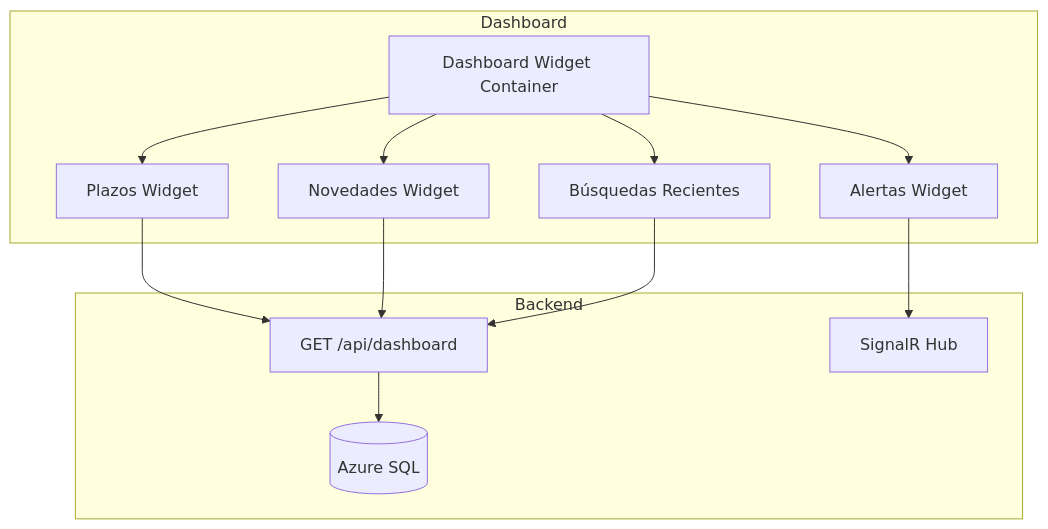
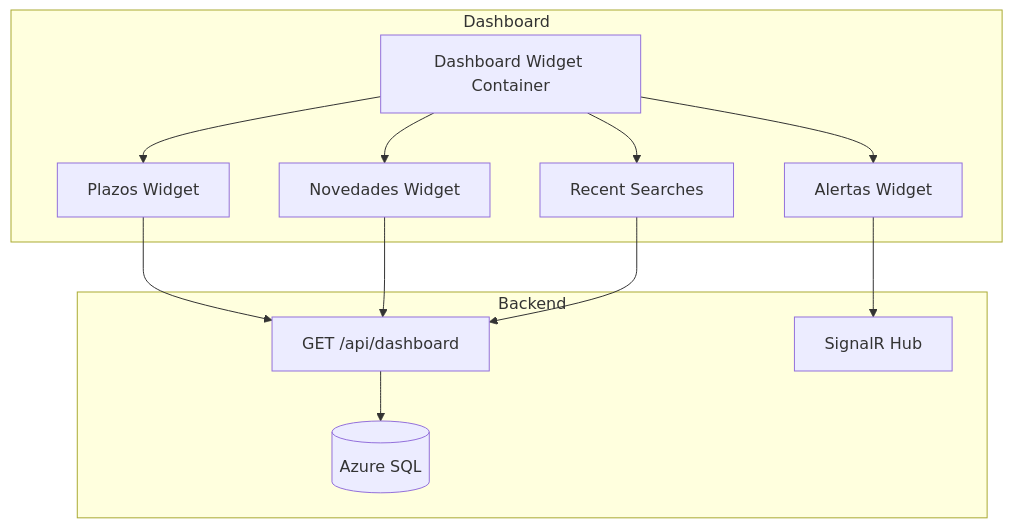
One commit to pablonux/legal-ai-ar changed the diagram in docs/roadmap/F02 - Main Dashboard/F02 - W01 - Comprehensive Documentation.md. Above: the diagram before and after it, drawn with Mermaid. The commit also changed other lines of this file and 173 other files, not shown here.

````diff
--- a/docs/roadmap/F02 - Main Dashboard/F02 - W01 - Comprehensive Documentation.md
+++ b/docs/roadmap/F02 - Main Dashboard/F02 - W01 - Comprehensive Documentation.md
@@ -18,21 +18,21 @@
 ```mermaid
 graph TB
     subgraph Dashboard
         DW[Dashboard Widget Container]
         PW[Plazos Widget]
         NW[Novedades Widget]
-        BW[Búsquedas Recientes]
+        BW[Recent Searches]
         AW[Alertas Widget]
     end
     subgraph Backend
         DAPI[GET /api/dashboard]
         SQL[(Azure SQL)]
         SR[SignalR Hub]
     end
     DW --> PW & NW & BW & AW
     PW --> DAPI
     NW --> DAPI
     BW --> DAPI
     AW --> SR
     DAPI --> SQL
 ```
````
